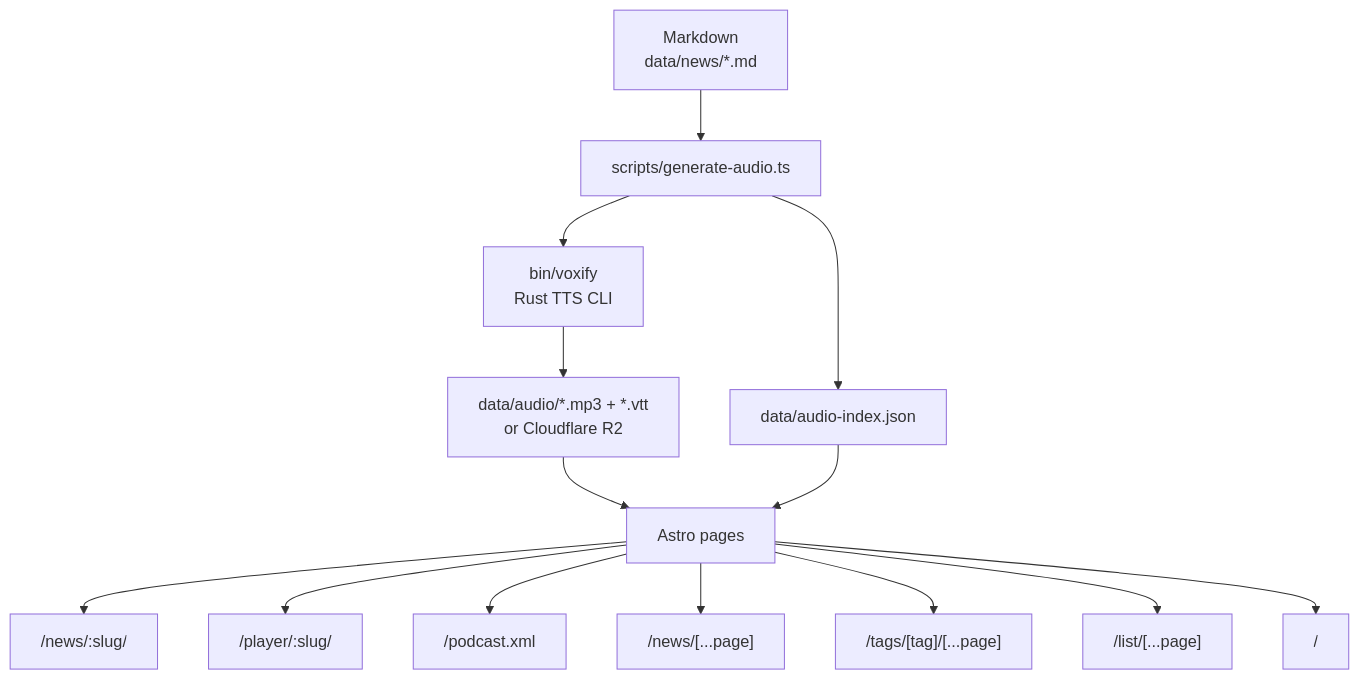
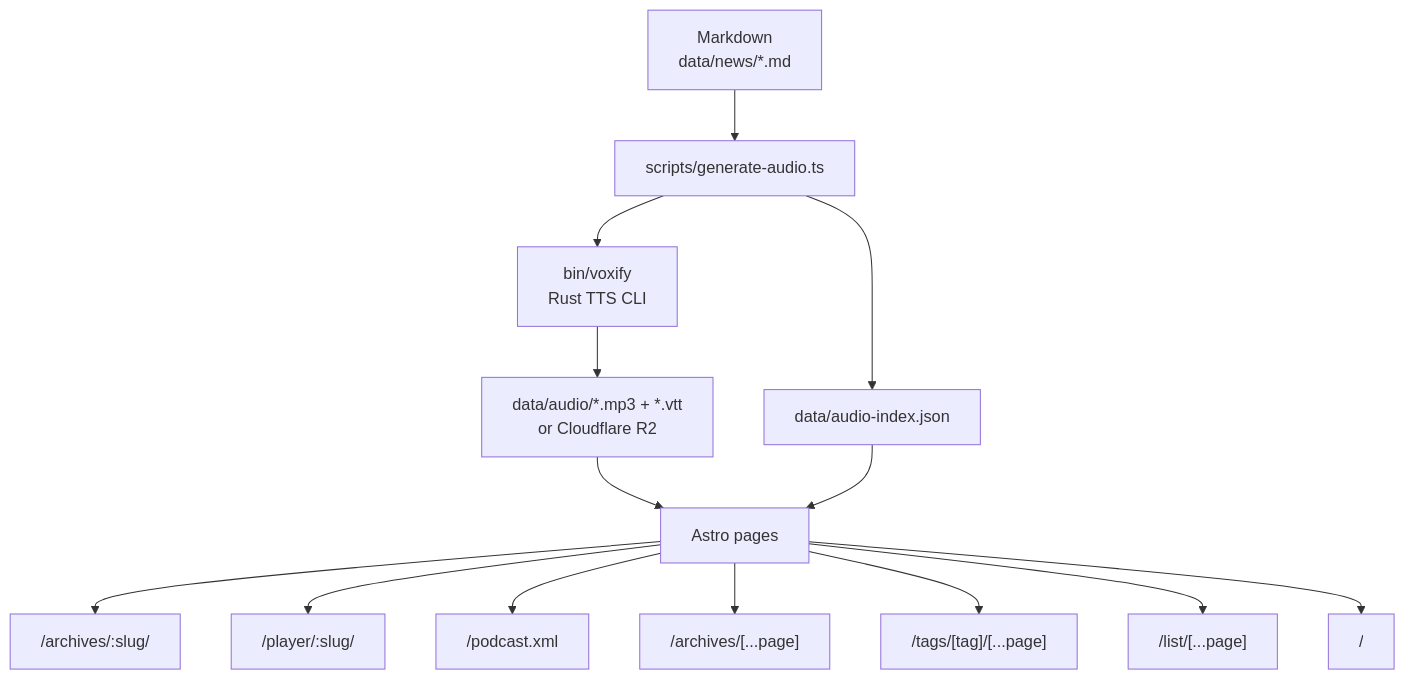
The first of 4 diagrams in README.md (rgaidot/hnpaper-news), drawn with Mermaid before and after one commit. The commit also changed other lines of this file and 9 other files, not shown here.

Commit message:
feat(ui): rename /news route to /archives and remove tag cloud

````diff
--- a/README.md
+++ b/README.md
@@ -61,16 +61,16 @@
 ```mermaid
 flowchart TD
   A[Markdown<br/>data/news/*.md] --> B[scripts/generate-audio.ts]
   B --> C[bin/voxify<br/>Rust TTS CLI]
   C --> E[data/audio/*.mp3 + *.vtt<br/>or Cloudflare R2]
   B --> IDX[data/audio-index.json]
   E --> F[Astro pages]
   IDX --> F
-  F --> G["/news/:slug/"]
+  F --> G["/archives/:slug/"]
   F --> H["/player/:slug/"]
   F --> I["/podcast.xml"]
-  F --> J["/news/[...page]"]
+  F --> J["/archives/[...page]"]
   F --> K["/tags/[tag]/[...page]"]
   F --> M["/list/[...page]"]
   F --> L["/"]
 ```
````
